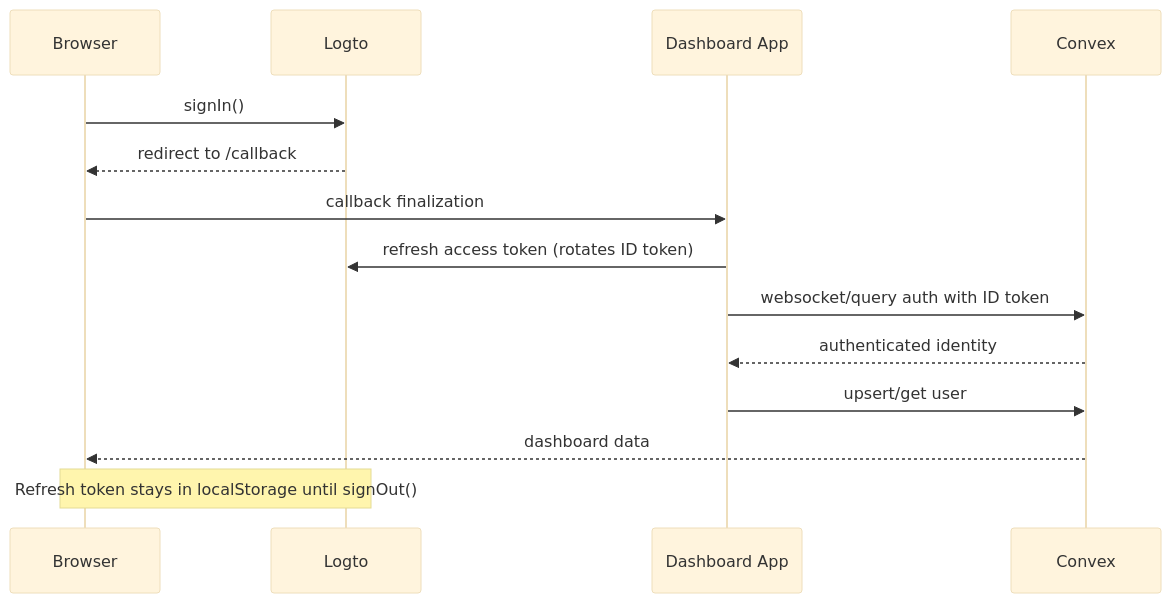
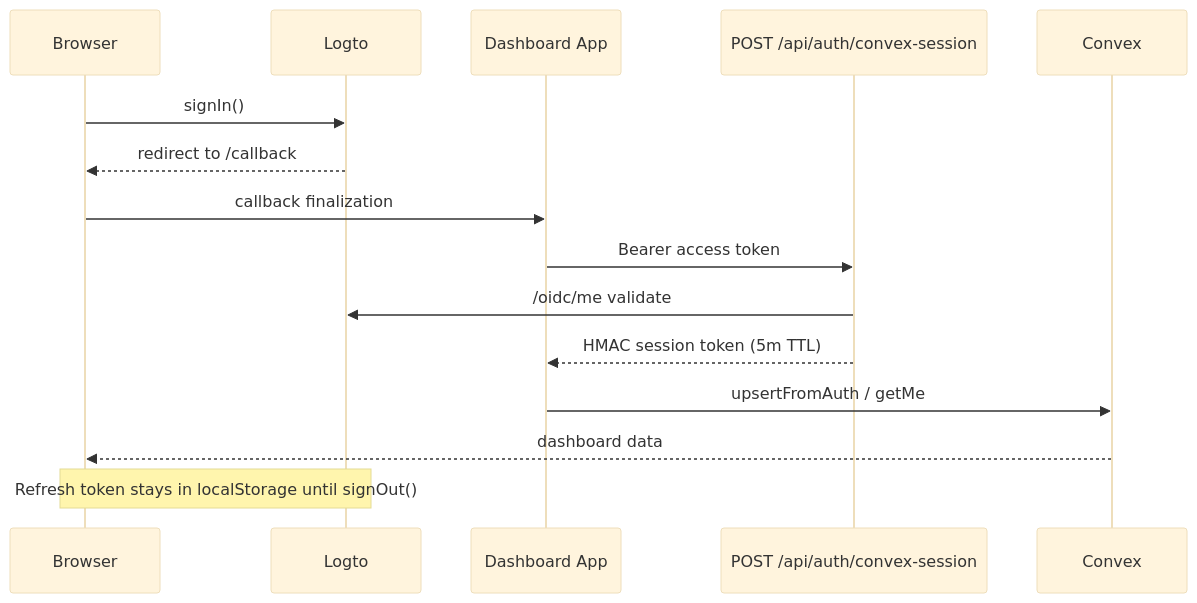
Before and after one commit to IEEE-at-UC-San-Diego/ieeeatucsd-org: the diagram in apps/dashboard/docs/AUTH_RUNBOOK.md, drawn with Mermaid (base theme). The commit also changed other lines of this file and 41 other files, not shown here.

First line of the commit message:
Simplify dashboard auth to one Logto + HMAC bridge path (#80)

````diff
--- a/apps/dashboard/docs/AUTH_RUNBOOK.md
+++ b/apps/dashboard/docs/AUTH_RUNBOOK.md
@@ -44,17 +33,18 @@
 ```mermaid
 sequenceDiagram
   participant B as Browser
   participant L as Logto
   participant A as Dashboard App
+  participant S as POST /api/auth/convex-session
   participant C as Convex
 
   B->>L: signIn()
   L-->>B: redirect to /callback
   B->>A: callback finalization
-  A->>L: refresh access token (rotates ID token)
-  A->>C: websocket/query auth with ID token
-  C-->>A: authenticated identity
-  A->>C: upsert/get user
+  A->>S: Bearer access token
+  S->>L: /oidc/me validate
+  S-->>A: HMAC session token (5m TTL)
+  A->>C: upsertFromAuth / getMe
   C-->>B: dashboard data
   Note over B,L: Refresh token stays in localStorage until signOut()
 ```
````
